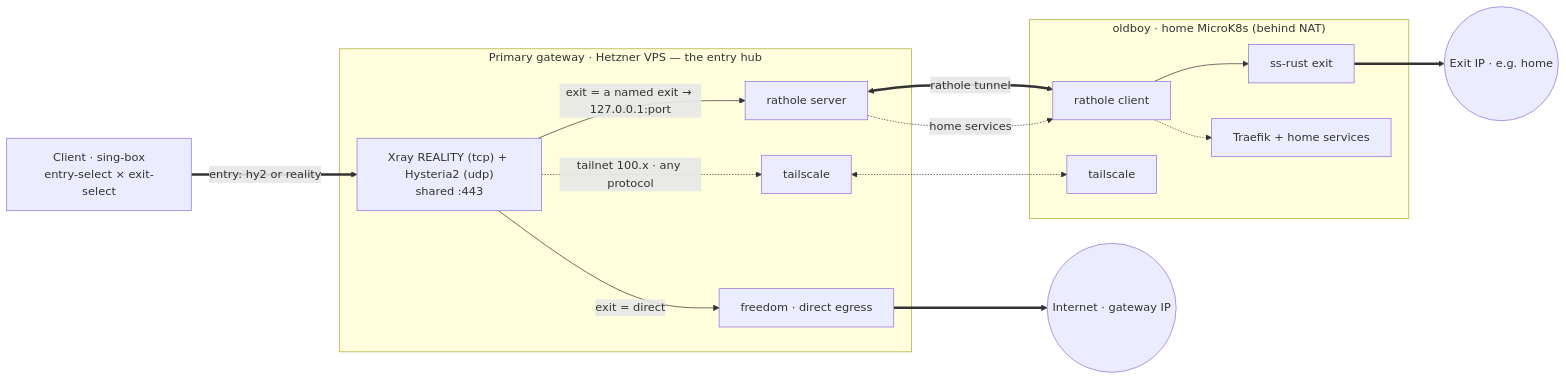
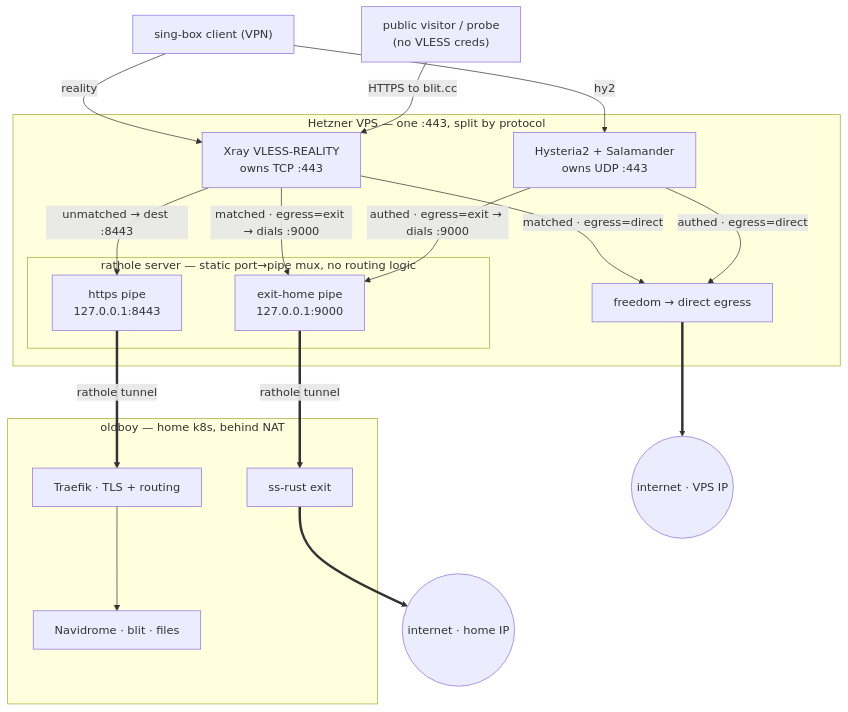
The first of 6 diagrams in docs/architecture.md (radiosilence/jaritanet), drawn with Mermaid before and after one commit. The commit also changed other lines of this file, not shown here.

Commit message:
docs(architecture): redraw the e2e diagram to show the :443 fan-out (#89)
The old overview blob merged two separate decision points into one "IN" box and
hid the port/pipe mechanics. Redraw makes it explicit:

- :443 split by protocol — Xray owns TCP, Hysteria2 owns UDP
- Xray's classify step: matched → egress, unmatched → dest 127.0.0.1:8443
- rathole shown as a static port→pipe mux (https→Traefik, exit-home→ss-rust) —
  it decides nothing; the loopback port picks the pipe
- direct egress (freedom) never touches rathole — now visible as its own path

Three destinations, two decision points. Tailnet dropped from this diagram
(it owns its own section) with a one-line pointer instead.

````diff
--- a/docs/architecture.md
+++ b/docs/architecture.md
@@ -21,29 +21,37 @@
 ```mermaid
-flowchart LR
-  CLIENT["Client · sing-box<br/>entry-select × exit-select"]
+flowchart TD
+  CLIENT["sing-box client (VPN)"]
+  VISITOR["public visitor / probe<br/>(no VLESS creds)"]
 
-  subgraph GW["Primary gateway · Hetzner VPS — the entry hub"]
-    IN["Xray REALITY (tcp) + Hysteria2 (udp)<br/>shared :443"]
-    FR["freedom · direct egress"]
-    RS["rathole server"]
-    TSG["tailscale"]
+  subgraph vps["Hetzner VPS — one :443, split by protocol"]
+    XR["Xray VLESS-REALITY<br/>owns TCP :443"]
+    HY["Hysteria2 + Salamander<br/>owns UDP :443"]
+    FREE["freedom → direct egress"]
+    subgraph RH["rathole server — static port→pipe mux, no routing logic"]
+      HTTPS_P["https pipe<br/>127.0.0.1:8443"]
+      EXIT_P["exit-home pipe<br/>127.0.0.1:9000"]
+    end
   end
 
-  subgraph EX["oldboy · home MicroK8s (behind NAT)"]
-    RC["rathole client"]
+  subgraph home["oldboy — home k8s, behind NAT"]
+    TR["Traefik · TLS + routing"] --> SVC["Navidrome · blit · files"]
     SS["ss-rust exit"]
-    TSH["tailscale"]
-    SV["Traefik + home services"]
   end
 
-  NET(("Internet · gateway IP"))
-  EIP(("Exit IP · e.g. home"))
+  VPSIP(("internet · VPS IP"))
+  HOMEIP(("internet · home IP"))
 
-  CLIENT ==>|"entry: hy2 or reality"| IN
-  IN -->|"exit = direct"| FR ==> NET
-  IN -->|"exit = a named exit → 127.0.0.1:port"| RS
-  RS <==>|"rathole tunnel"| RC --> SS ==> EIP
-  RS -.->|"home services"| RC
-  RC -.-> SV
-  IN -.->|"tailnet 100.x · any protocol"| TSG <-.-> TSH
+  CLIENT -->|reality| XR
+  CLIENT -->|hy2| HY
+  VISITOR -->|"HTTPS to blit.cc"| XR
+
+  XR -->|"unmatched → dest :8443"| HTTPS_P
+  XR -->|"matched · egress=direct"| FREE
+  XR -->|"matched · egress=exit → dials :9000"| EXIT_P
+  HY -->|"authed · egress=direct"| FREE
+  HY -->|"authed · egress=exit → dials :9000"| EXIT_P
+
+  FREE ==> VPSIP
+  HTTPS_P ==>|rathole tunnel| TR
+  EXIT_P ==>|rathole tunnel| SS ==> HOMEIP
 ```
````
